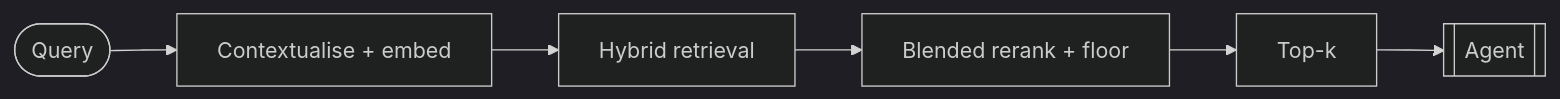
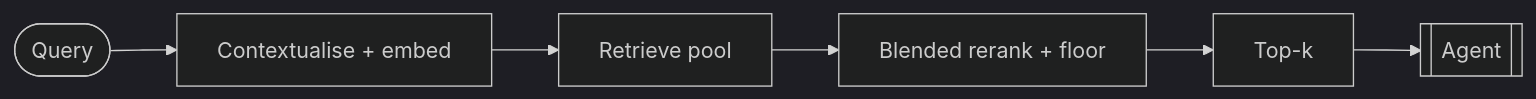
One commit to Arav-Arun/Ledger changed the second of 2 diagrams in README.md. Above: the diagram before and after it, drawn with Mermaid (dark theme). The commit also changed other lines of this file and 2 other files, not shown here.

````diff
--- a/README.md
+++ b/README.md
@@ -85,4 +88,4 @@
 ```mermaid
 flowchart LR
-    M(["Query"]) --> C["Contextualise + embed"] --> H["Hybrid retrieval"] --> RK["Blended rerank + floor"] --> TOP["Top-k"] --> AG[["Agent"]]
+    M(["Query"]) --> C["Contextualise + embed"] --> H["Retrieve pool"] --> RK["Blended rerank + floor"] --> TOP["Top-k"] --> AG[["Agent"]]
 ```
````
